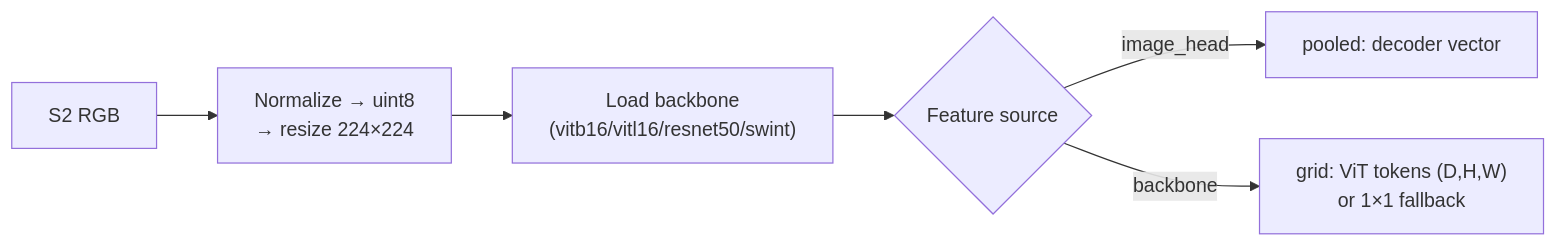
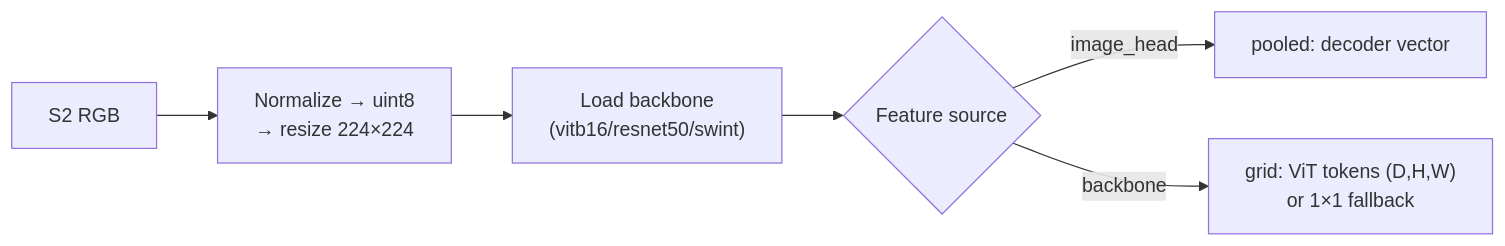
Before and after one commit to cybergis/rs-embed: the first of 2 diagrams in docs/models/wildsat.md, drawn with Mermaid. The commit also changed other lines of this file and 4 other files, not shown here.

````diff
--- a/docs/models/wildsat.md
+++ b/docs/models/wildsat.md
@@ -44,8 +45,8 @@
 ```mermaid
 flowchart LR
     INPUT["S2 RGB"] --> PREP["Normalize → uint8\n→ resize 224×224"]
-    PREP --> LOAD["Load backbone\n(vitb16/vitl16/resnet50/swint)"]
+    PREP --> LOAD["Load backbone\n(vitb16/resnet50/swint)"]
     LOAD --> FS{Feature source}
     FS -- image_head --> VEC["pooled: decoder vector"]
     FS -- backbone --> GRID["grid: ViT tokens (D,H,W)\nor 1×1 fallback"]
 ```
````
